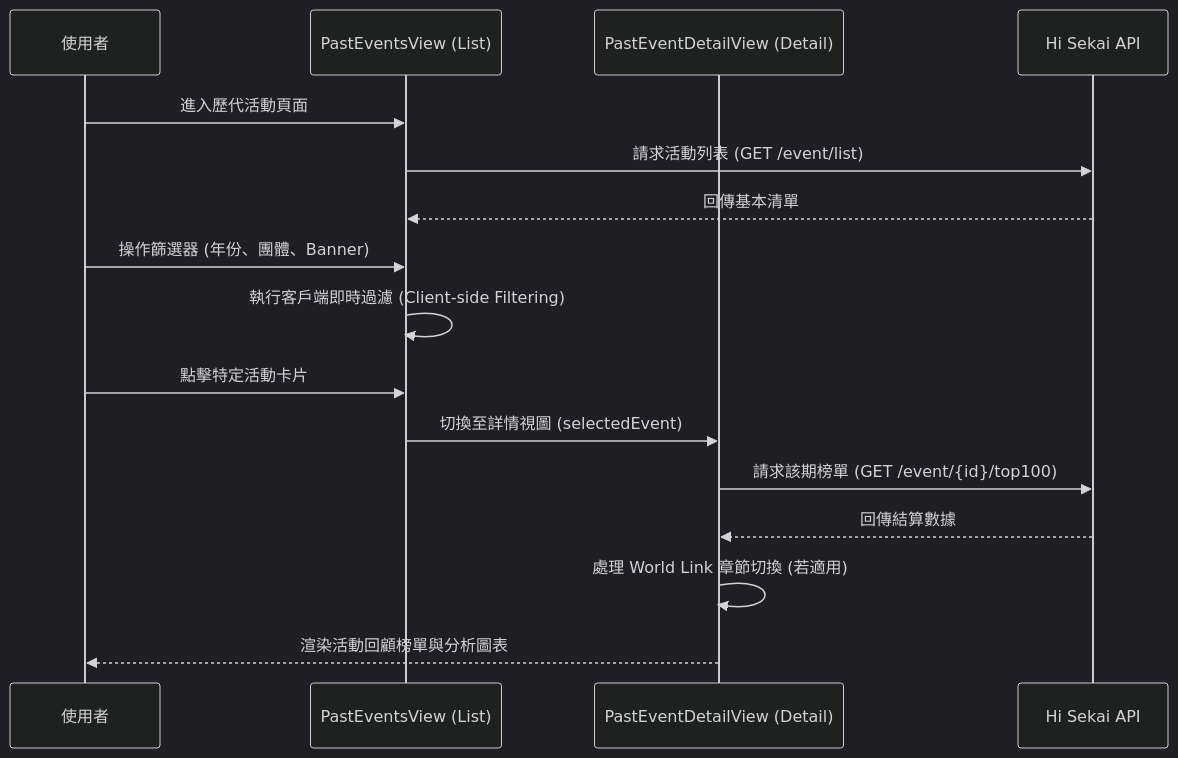
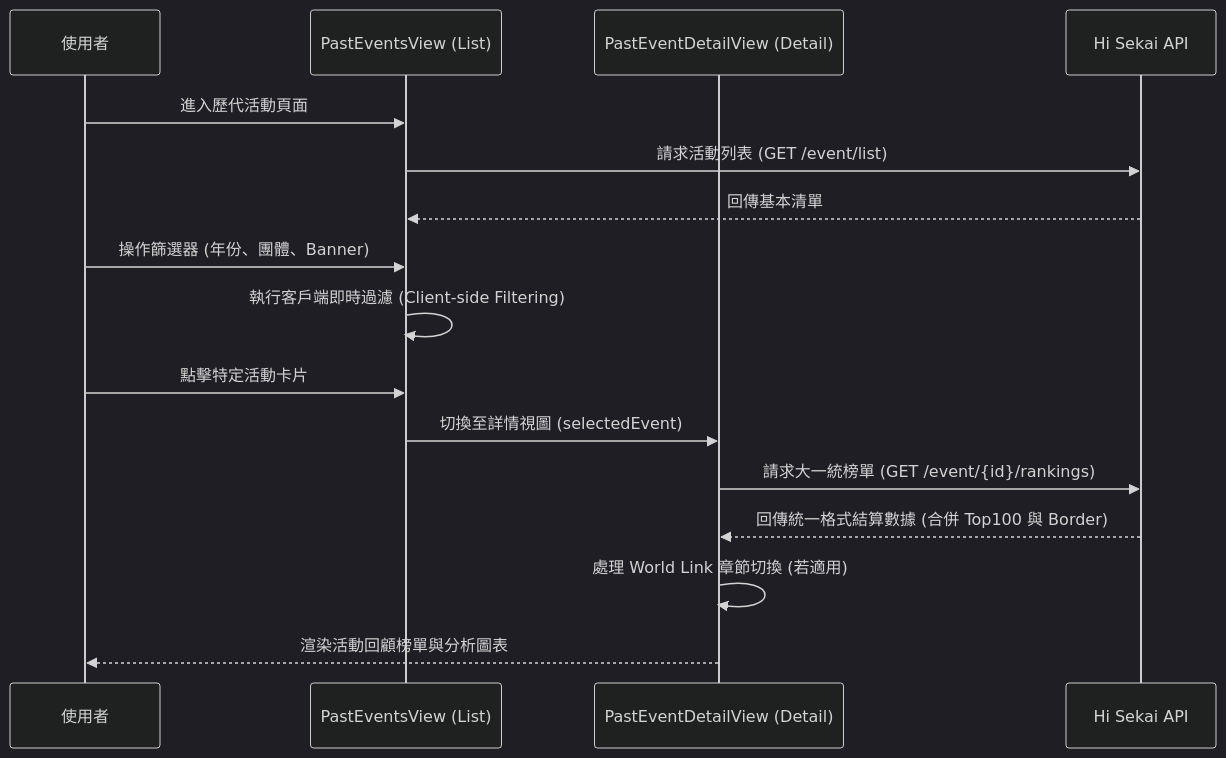
The diagram in docs/PAGE_PAST_EVENTS.md (rockzerox/Project-Sekai-Ranking), drawn with Mermaid (dark theme) before and after one commit. The commit also changed other lines of this file and 26 other files, not shown here.

````diff
--- a/docs/PAGE_PAST_EVENTS.md
+++ b/docs/PAGE_PAST_EVENTS.md
@@ -119,20 +118,20 @@
 ```mermaid
 sequenceDiagram
     participant User as 使用者
     participant View as PastEventsView (List)
     participant Detail as PastEventDetailView (Detail)
     participant API as Hi Sekai API
 
     User->>View: 進入歷代活動頁面
     View->>API: 請求活動列表 (GET /event/list)
     API-->>View: 回傳基本清單
     User->>View: 操作篩選器 (年份、團體、Banner)
     View->>View: 執行客戶端即時過濾 (Client-side Filtering)
     
     User->>View: 點擊特定活動卡片
     View->>Detail: 切換至詳情視圖 (selectedEvent)
-    Detail->>API: 請求該期榜單 (GET /event/{id}/top100)
-    API-->>Detail: 回傳結算數據
+    Detail->>API: 請求大一統榜單 (GET /event/{id}/rankings)
+    API-->>Detail: 回傳統一格式結算數據 (合併 Top100 與 Border)
     Detail->>Detail: 處理 World Link 章節切換 (若適用)
     Detail-->>User: 渲染活動回顧榜單與分析圖表
 ```
````
